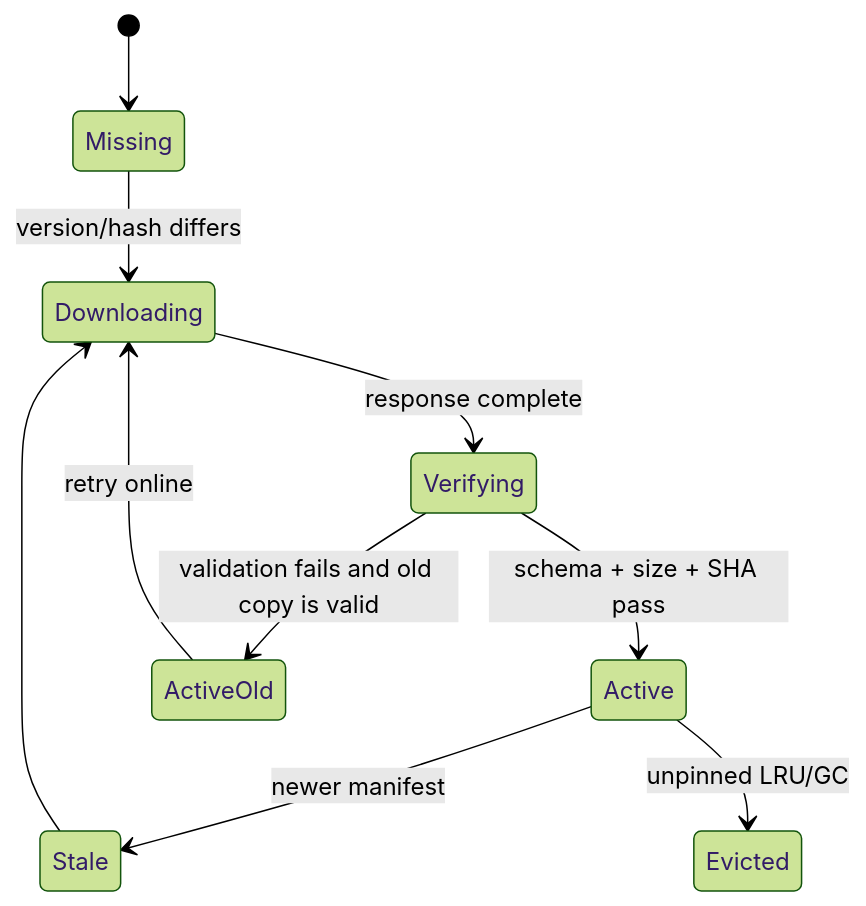
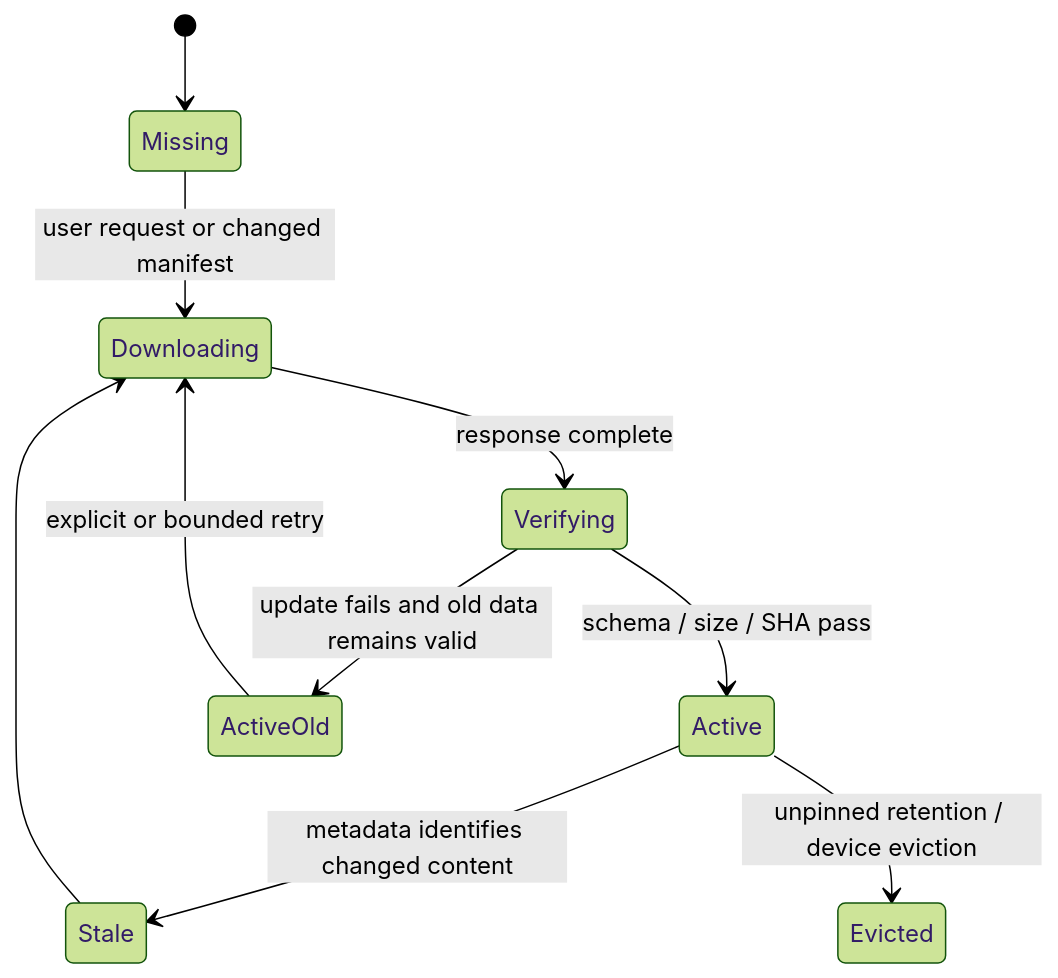
One commit to gyspnk/GYSApp-Tauri changed the third of 19 diagrams in docs/architecture.md. Above: the diagram before and after it, drawn with Mermaid (forest theme). The commit also changed other lines of this file and 140 other files, not shown here.

````diff
--- a/docs/architecture.md
+++ b/docs/architecture.md
@@ -234,12 +87,12 @@
 ```mermaid
 stateDiagram-v2
   [*] --> Missing
-  Missing --> Downloading: version/hash differs
+  Missing --> Downloading: user request or changed manifest
   Downloading --> Verifying: response complete
-  Verifying --> Active: schema + size + SHA pass
-  Verifying --> ActiveOld: validation fails and old copy is valid
-  Active --> Stale: newer manifest
+  Verifying --> Active: schema / size / SHA pass
+  Verifying --> ActiveOld: update fails and old data remains valid
+  Active --> Stale: metadata identifies changed content
   Stale --> Downloading
-  Active --> Evicted: unpinned LRU/GC
-  ActiveOld --> Downloading: retry online
+  Active --> Evicted: unpinned retention / device eviction
+  ActiveOld --> Downloading: explicit or bounded retry
 ```
````
